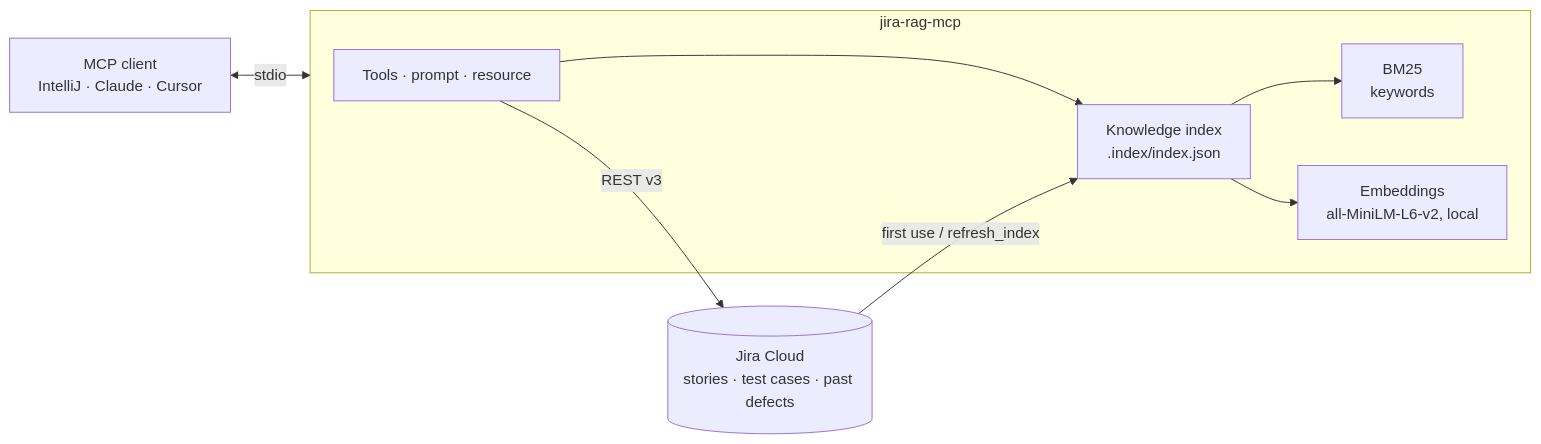
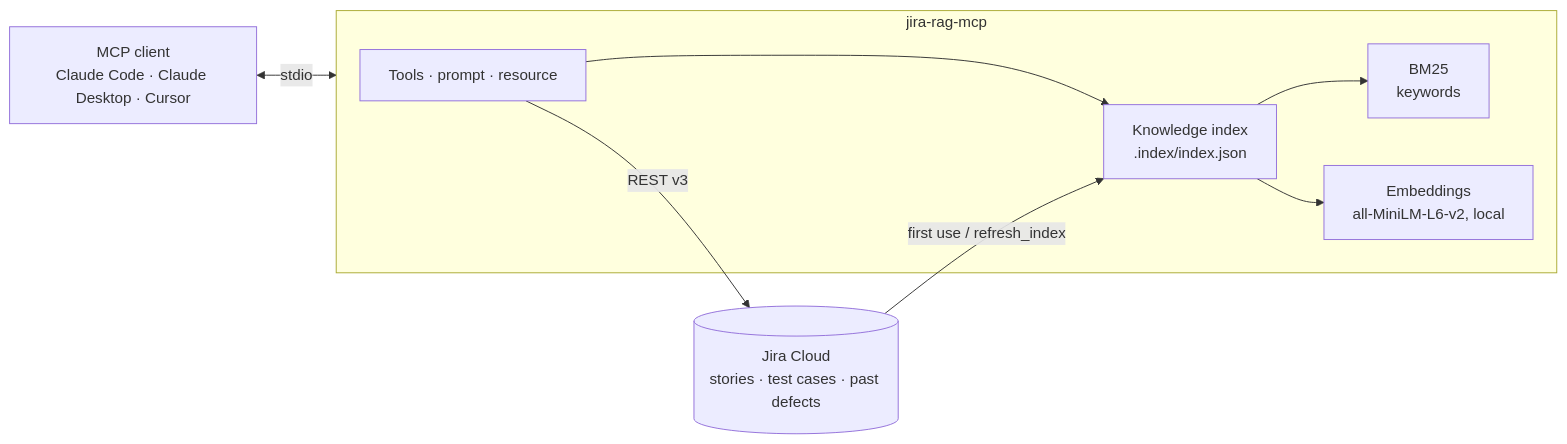
Before and after one commit to KKoygun/jira-rag-mcp: the diagram in README.md, drawn with Mermaid. The commit also changed other lines of this file, not shown here.

First line of the commit message:
README: a real gap analysis from Claude Code, and name the client it was tested with

````diff
--- a/README.md
+++ b/README.md
@@ -58,17 +71,17 @@
 ```mermaid
 flowchart LR
-  client["MCP client<br/>IntelliJ · Claude · Cursor"] <-->|stdio| server
+  client["MCP client<br/>Claude Code · Claude Desktop · Cursor"] <-->|stdio| server
 
   subgraph server["jira-rag-mcp"]
     tools["Tools · prompt · resource"]
     index["Knowledge index<br/>.index/index.json"]
     bm25["BM25<br/>keywords"]
     vec["Embeddings<br/>all-MiniLM-L6-v2, local"]
     tools --> index
     index --> bm25
     index --> vec
   end
 
   tools -->|REST v3| jira[("Jira Cloud<br/>stories · test cases · past defects")]
   jira -->|first use / refresh_index| index
 ```
````
